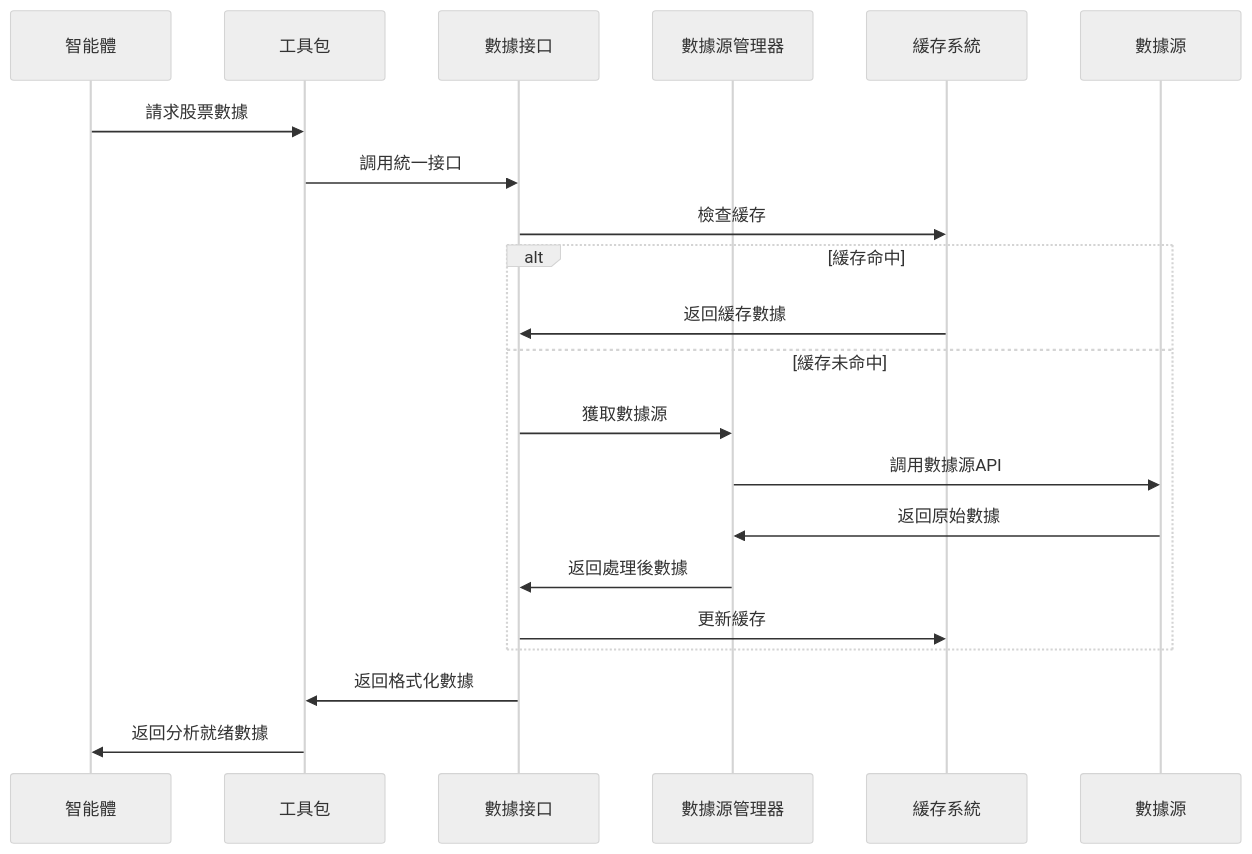
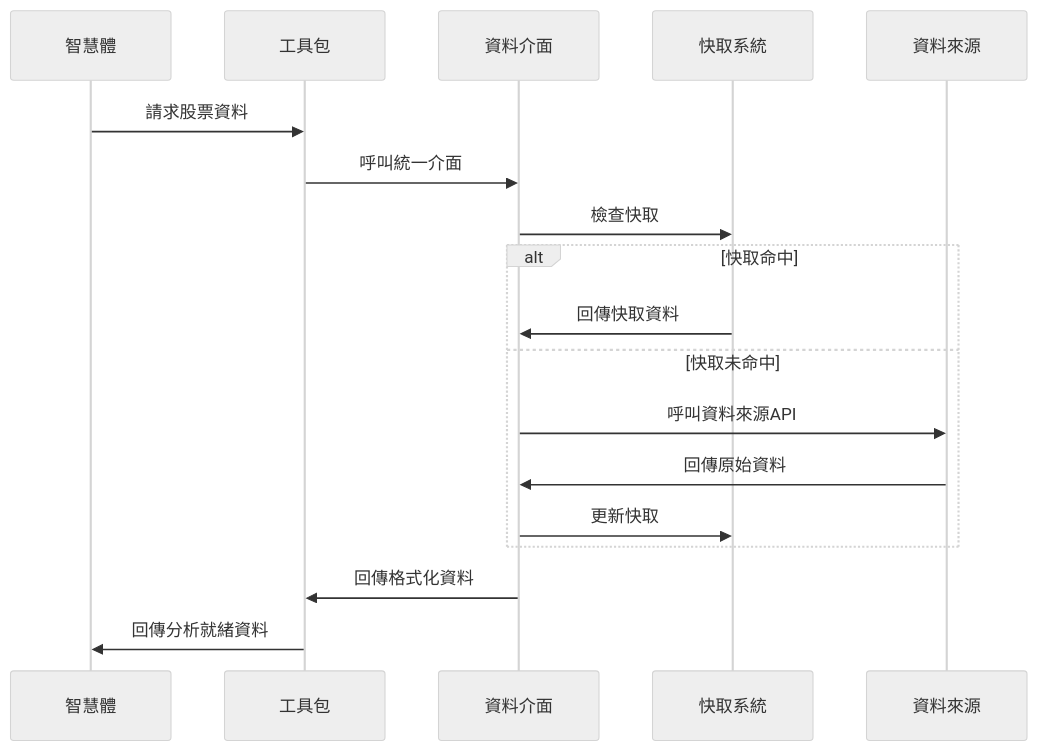
Before and after one commit to aiinpocket/TradingAgents-CN: the second of 2 diagrams in docs/architecture/v0.1.13/data-flow-architecture.md, drawn with Mermaid (neutral theme). The commit also changed other lines of this file and 277 other files, not shown here.

````diff
--- a/docs/architecture/v0.1.13/data-flow-architecture.md
+++ b/docs/architecture/v0.1.13/data-flow-architecture.md
@@ -981,26 +266,23 @@
 ```mermaid
 sequenceDiagram
-    participant Agent as 智能體
+    participant Agent as 智慧體
     participant Toolkit as 工具包
-    participant Interface as 數據接口
-    participant Manager as 數據源管理器
-    participant Cache as 緩存系統
-    participant Source as 數據源
-    
-    Agent->>Toolkit: 請求股票數據
-    Toolkit->>Interface: 調用統一接口
-    Interface->>Cache: 檢查緩存
-    
-    alt 緩存命中
-        Cache->>Interface: 返回緩存數據
-    else 緩存未命中
-        Interface->>Manager: 獲取數據源
-        Manager->>Source: 調用數據源API
-        Source->>Manager: 返回原始數據
-        Manager->>Interface: 返回處理後數據
-        Interface->>Cache: 更新緩存
+    participant Interface as 資料介面
+    participant Cache as 快取系統
+    participant Source as 資料來源
+
+    Agent->>Toolkit: 請求股票資料
+    Toolkit->>Interface: 呼叫統一介面
+    Interface->>Cache: 檢查快取
+
+    alt 快取命中
+        Cache->>Interface: 回傳快取資料
+    else 快取未命中
+        Interface->>Source: 呼叫資料來源API
+        Source->>Interface: 回傳原始資料
+        Interface->>Cache: 更新快取
     end
-    
-    Interface->>Toolkit: 返回格式化數據
-    Toolkit->>Agent: 返回分析就绪數據
+
+    Interface->>Toolkit: 回傳格式化資料
+    Toolkit->>Agent: 回傳分析就緒資料
 ```
````
